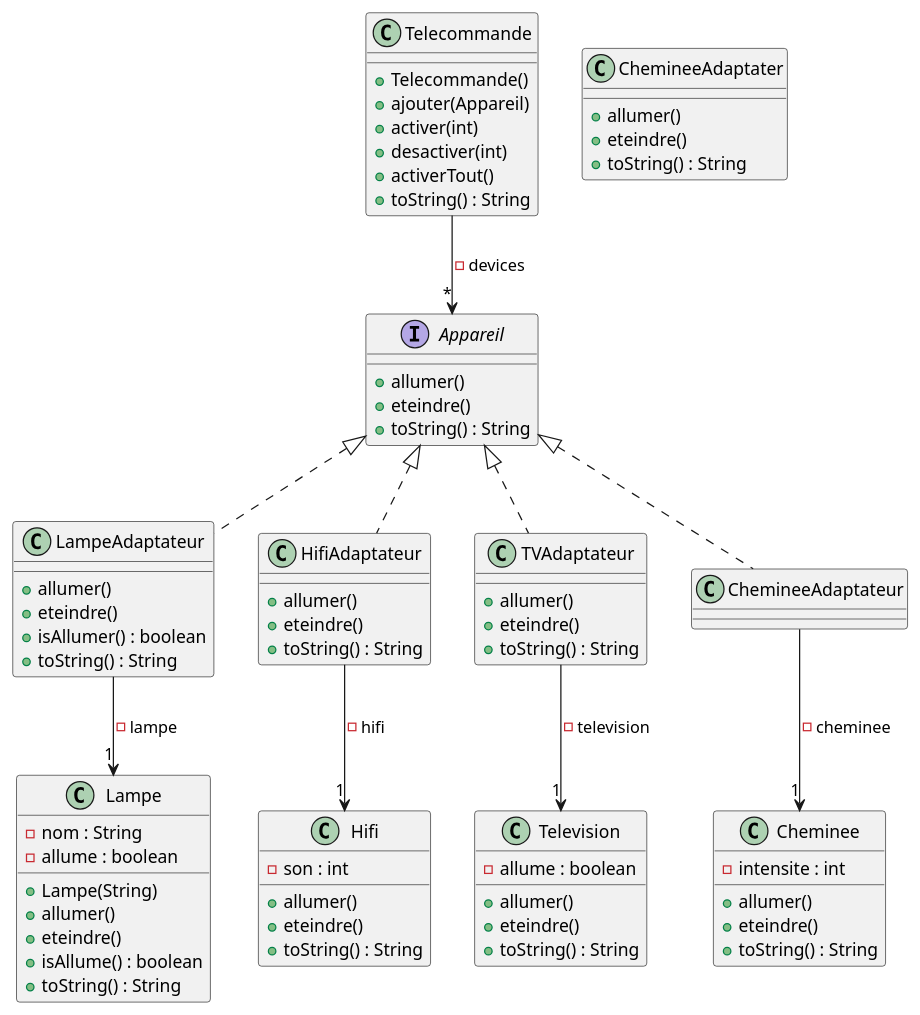
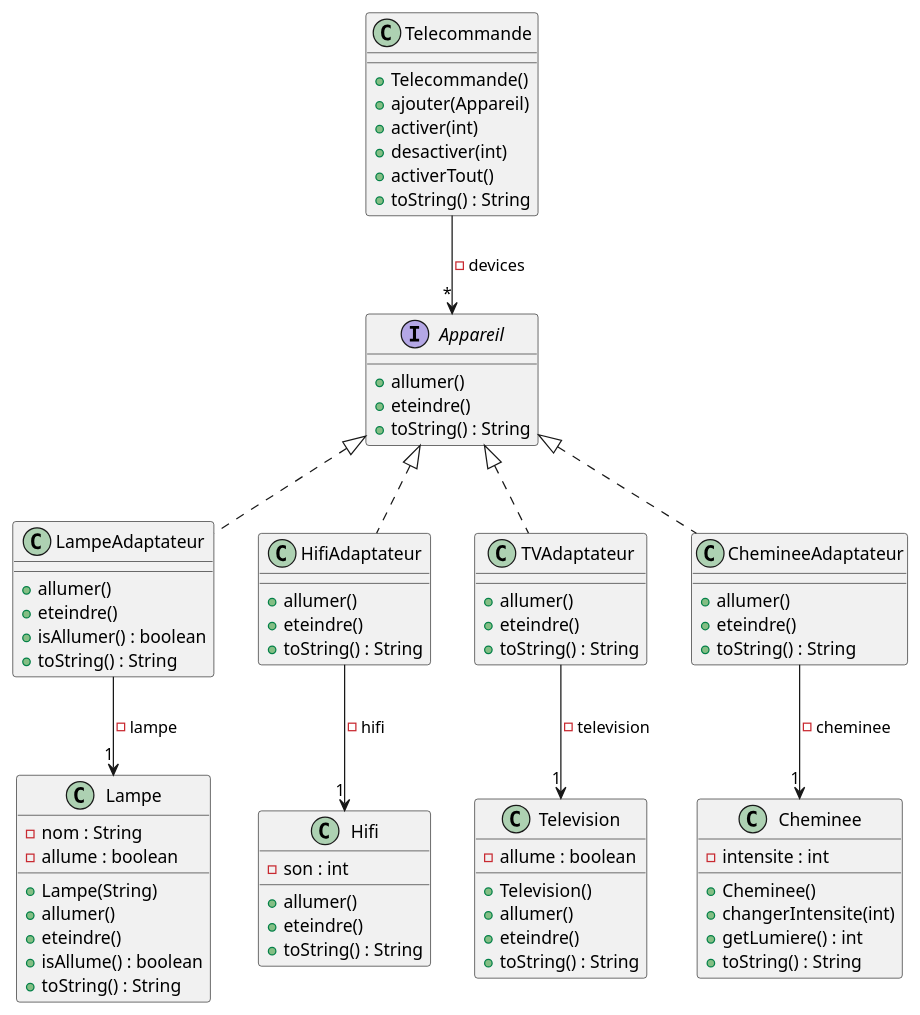
One commit to Hugo-COLLIN/BUT_S2_COO_domotique changed the diagram in TD8/ressources/diagramClasse.puml. Above: the diagram before and after it, drawn with PlantUML.

Commit message:
Diagramme avec Cheminee ajoutee

```diff
--- a/TD8/ressources/diagramClasse.puml
+++ b/TD8/ressources/diagramClasse.puml
@@ -1,89 +1,91 @@
 @startuml
 
 class Lampe {
     - nom : String
     - allume : boolean
     + Lampe(String)
     + allumer()
     + eteindre()
     + isAllume() : boolean
     + toString() : String
 }
 
 class Hifi {
     - son : int
     + allumer()
     + eteindre()
     + toString() : String
 }
 
 class Television {
     - allume : boolean
+    + Television()
     + allumer()
     + eteindre()
     + toString() : String
 }
 
 class Cheminee {
     - intensite : int
-    + allumer()
-    + eteindre()
+    + Cheminee()
+    + changerIntensite(int)
+    + getLumiere() : int
     + toString() : String
 }
 
 class LampeAdaptateur{
     + allumer()
     + eteindre()
     + isAllumer() : boolean
     + toString() : String
 }
 
 class HifiAdaptateur{
     + allumer()
     + eteindre()
     + toString() : String
 }
 
 class TVAdaptateur{
     + allumer()
     + eteindre()
     + toString() : String
 }
 
-class ChemineeAdaptater{
+class ChemineeAdaptateur{
     + allumer()
     + eteindre()
     + toString() : String
 }
 
 
 
 interface Appareil{
     + allumer()
     + eteindre()
     + toString() : String
 }
 
 class Telecommande {
     + Telecommande()
     + ajouter(Appareil)
     + activer(int)
     + desactiver(int)
     + activerTout()
     + toString() : String
 }
 
 Appareil <|.. LampeAdaptateur
 Appareil <|.. HifiAdaptateur
 Appareil <|.. TVAdaptateur
 Appareil <|.. ChemineeAdaptateur
 
 LampeAdaptateur --> "1" Lampe :  - lampe
 HifiAdaptateur --> "1" Hifi : - hifi
 TVAdaptateur --> "1" Television : - television
 ChemineeAdaptateur --> "1" Cheminee : - cheminee
 
 
 Telecommande --> "*" Appareil : - devices
 
 @enduml
```
